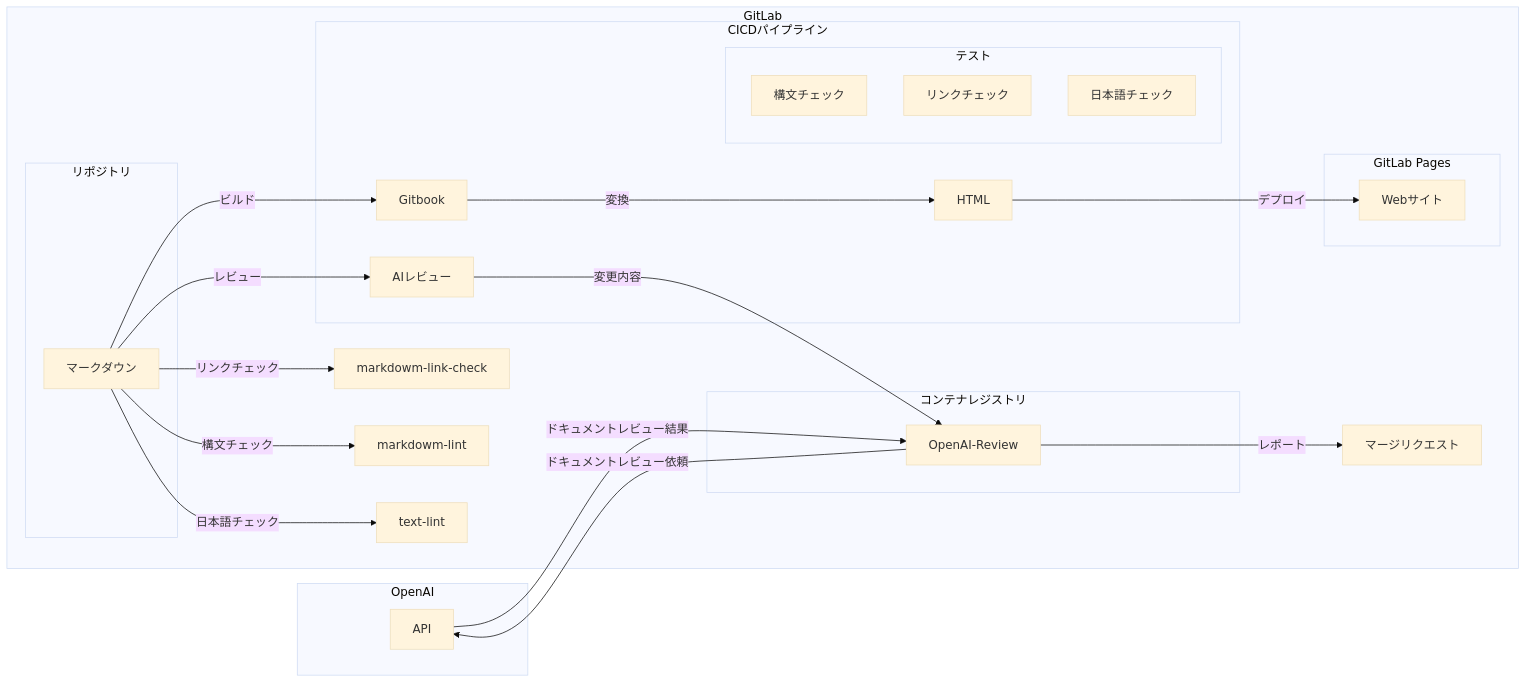
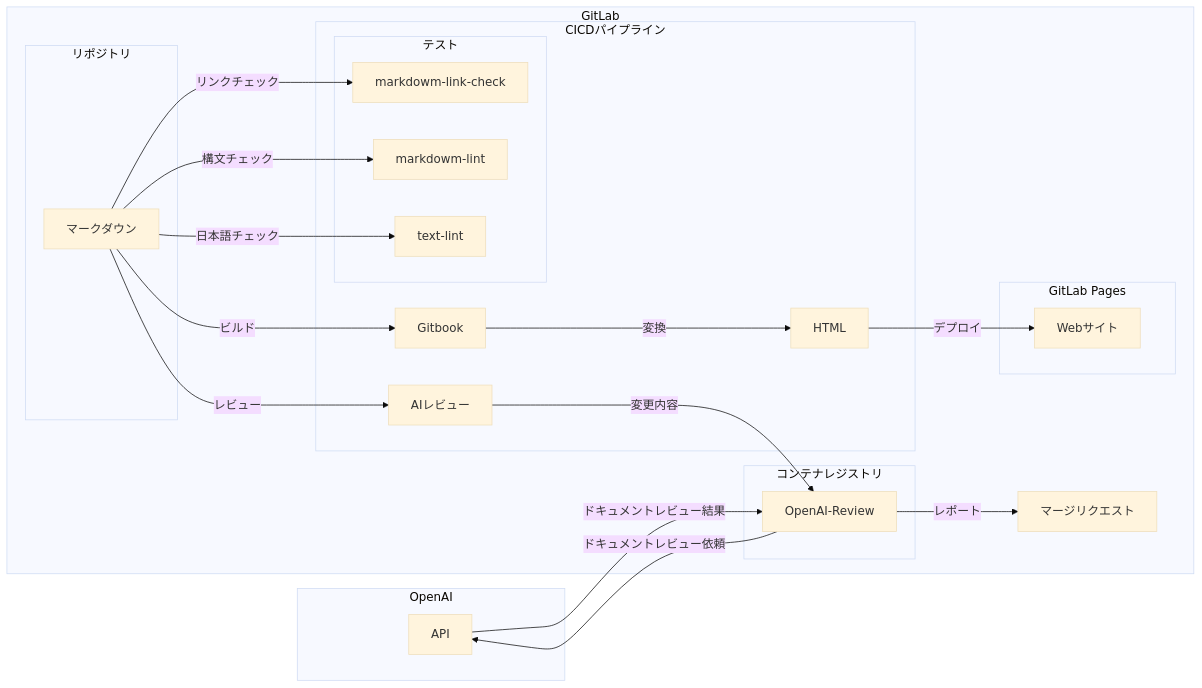
Before and after one commit to gongyong/docs: the first of 2 diagrams in README.md, drawn with Mermaid (base theme).

Commit message:
テストステージを詳細化

````diff
--- a/README.md
+++ b/README.md
@@ -18,39 +18,39 @@
 ```mermaid
 graph LR
 subgraph OpenAI
     API
 end
 subgraph GitLab
     subgraph リポジトリ
         マークダウン
     end
     subgraph CICDパイプライン
         subgraph テスト
-            構文チェック
-            リンクチェック
-            日本語チェック
+            markdowm-link-check
+            markdowm-lint
+            text-lint
         end
         AIレビュー
         Gitbook
         HTML
     end
     subgraph コンテナレジストリ
         OpenAI-Review
     end
     subgraph GitLab Pages
         Webサイト
     end
     マージリクエスト
     マークダウン--リンクチェック-->markdowm-link-check
     マークダウン--構文チェック-->markdowm-lint
     マークダウン--日本語チェック-->text-lint
     マークダウン--レビュー-->AIレビュー
     AIレビュー--変更内容-->OpenAI-Review
     OpenAI-Review--ドキュメントレビュー依頼-->API
     API--ドキュメントレビュー結果-->OpenAI-Review
     OpenAI-Review--レポート-->マージリクエスト
     マークダウン--ビルド-->Gitbook
     Gitbook--変換-->HTML
     HTML--デプロイ-->Webサイト
 end
 ```
````
